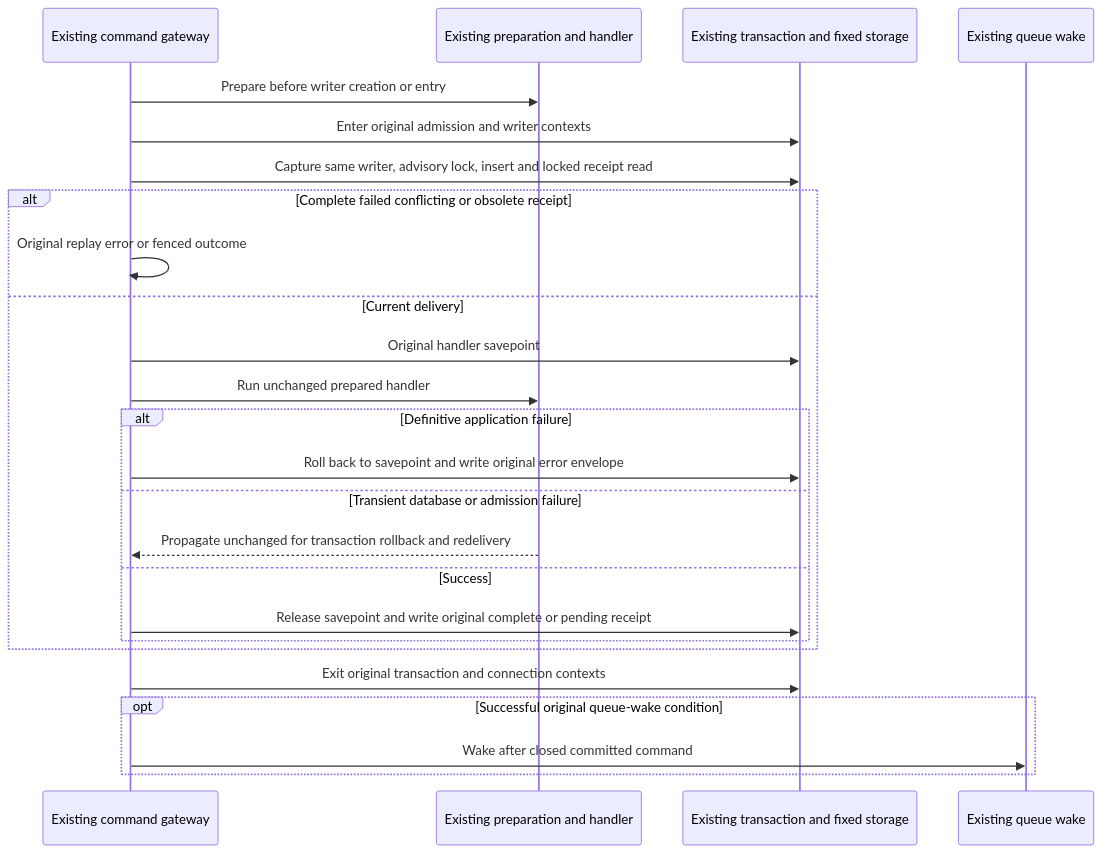
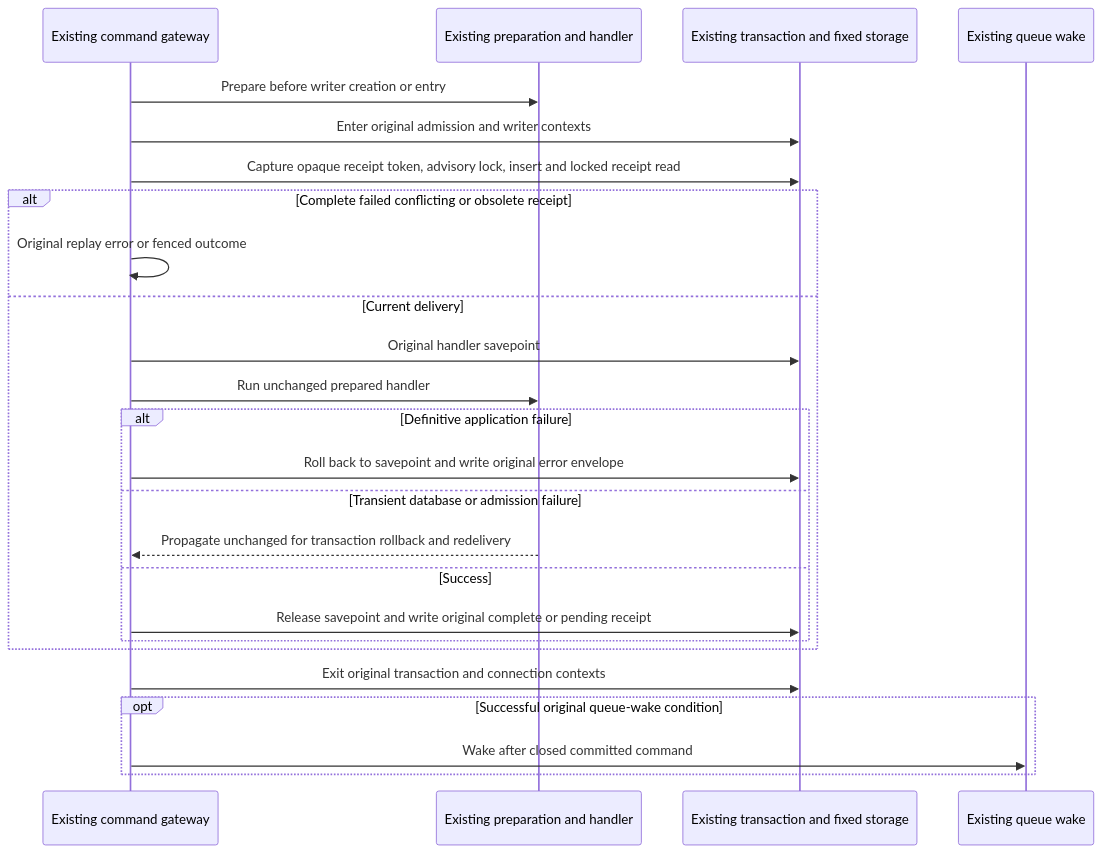
Before and after one commit to aaweaver-actuary/tempo: the first of 2 diagrams in database/tempo_legacy_database/adapters/commands/receipts/README.md, drawn with Mermaid. The commit also changed other lines of this file and 5 other files, not shown here.

Commit message:
Expose receipt scope and opaque writer capability

````diff
--- a/database/tempo_legacy_database/adapters/commands/receipts/README.md
+++ b/database/tempo_legacy_database/adapters/commands/receipts/README.md
@@ -11,27 +11,27 @@
 ```mermaid
 sequenceDiagram
   participant App as Existing command gateway
   participant Prep as Existing preparation and handler
   participant DB as Existing transaction and fixed storage
   participant Wake as Existing queue wake
   App->>Prep: Prepare before writer creation or entry
   App->>DB: Enter original admission and writer contexts
-  App->>DB: Capture same writer, advisory lock, insert and locked receipt read
+  App->>DB: Capture opaque receipt token, advisory lock, insert and locked receipt read
   alt Complete failed conflicting or obsolete receipt
     App->>App: Original replay error or fenced outcome
   else Current delivery
     App->>DB: Original handler savepoint
     App->>Prep: Run unchanged prepared handler
     alt Definitive application failure
       App->>DB: Roll back to savepoint and write original error envelope
     else Transient database or admission failure
       Prep-->>App: Propagate unchanged for transaction rollback and redelivery
     else Success
       App->>DB: Release savepoint and write original complete or pending receipt
     end
   end
   App->>DB: Exit original transaction and connection contexts
   opt Successful original queue-wake condition
     App->>Wake: Wake after closed committed command
   end
 ```
````
